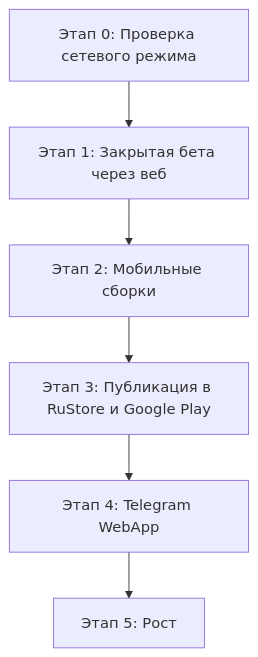
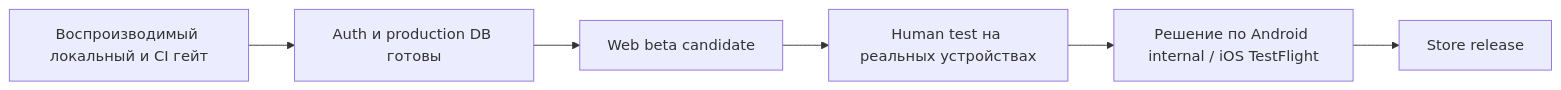
One commit to alexflin777-svg/SplitIt changed the diagram in LAUNCH_ROADMAP.md. Above: the diagram before and after it, drawn with Mermaid. The commit also changed other lines of this file and 9 other files, not shown here.

Commit message:
feat: prepare beta release candidate

````diff
--- a/LAUNCH_ROADMAP.md
+++ b/LAUNCH_ROADMAP.md
@@ -44,8 +10,8 @@
 ```mermaid
-flowchart TD
-    Z[Этап 0: Проверка сетевого режима] --> A[Этап 1: Закрытая бета через веб]
-    A --> B[Этап 2: Мобильные сборки]
-    B --> C[Этап 3: Публикация в RuStore и Google Play]
-    C --> D[Этап 4: Telegram WebApp]
-    D --> E[Этап 5: Рост]
+flowchart LR
+  A[Воспроизводимый локальный и CI гейт] --> B[Auth и production DB готовы]
+  B --> C[Web beta candidate]
+  C --> D[Human test на реальных устройствах]
+  D --> E[Решение по Android internal / iOS TestFlight]
+  E --> F[Store release]
 ```
````
